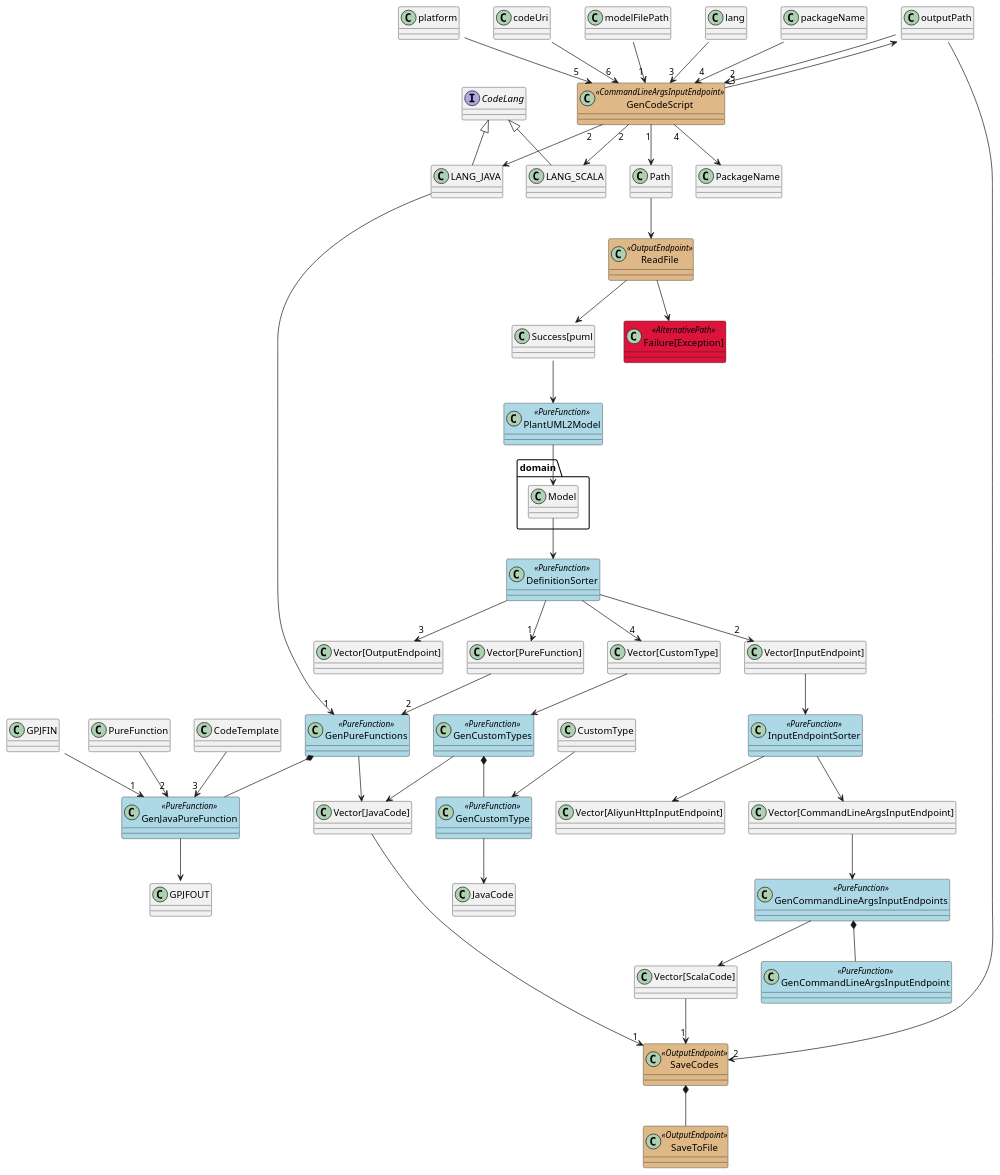
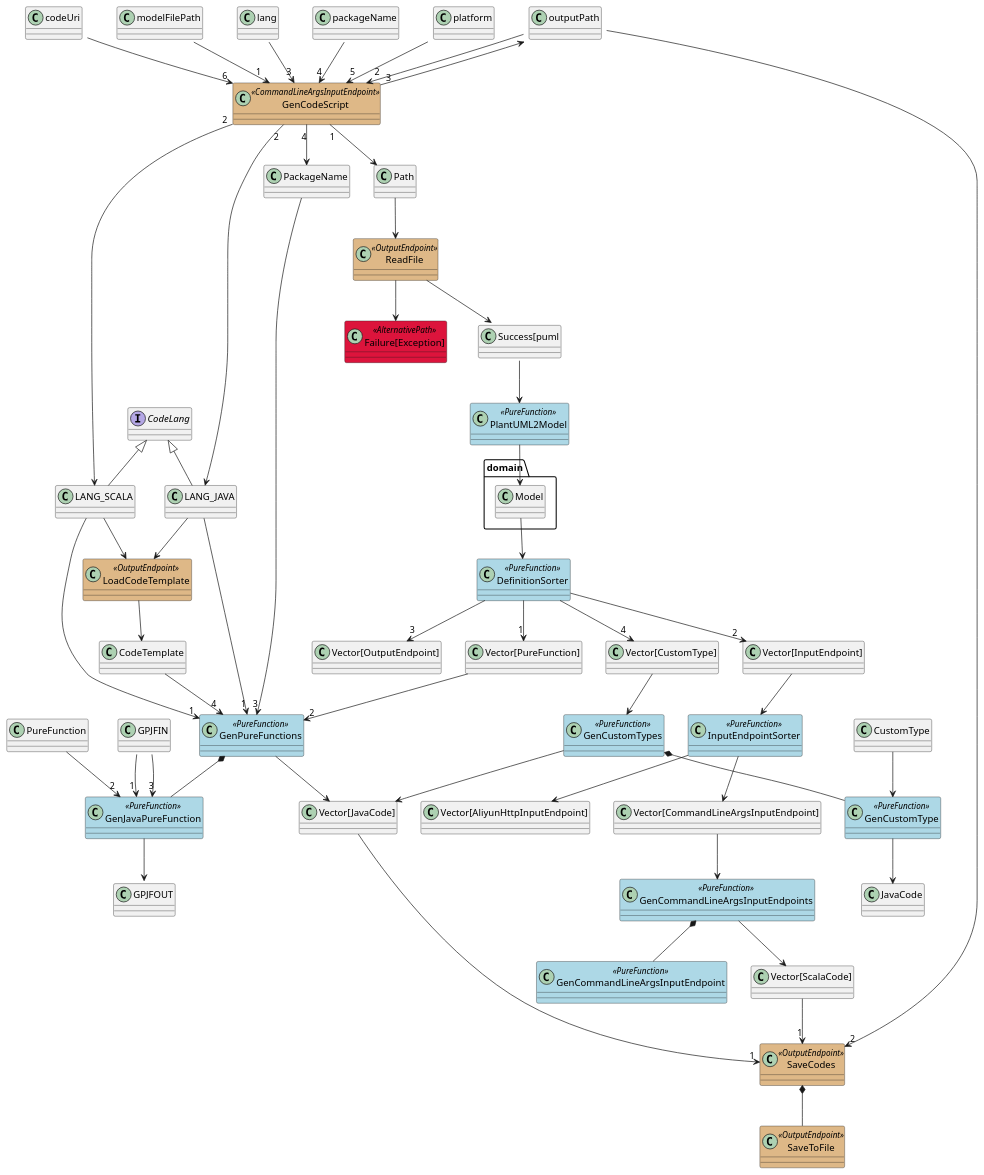
Before and after one commit to notyy/TypeFlow: the diagram in typeflow/tooling/GenCode.puml, drawn with PlantUML.

Commit message:
design a LoadCodeTemplate function

```diff
--- a/typeflow/tooling/GenCode.puml
+++ b/typeflow/tooling/GenCode.puml
@@ -1,73 +1,80 @@
 @startuml
 skinparam class {
 	BackgroundColor<<CommandLineInputEndpoint>> BurlyWood
 	BackgroundColor<<CommandLineArgsInputEndpoint>> BurlyWood
 	BackgroundColor<<AliyunHttpInputEndpoint>> BurlyWood
 	BackgroundColor<<OutputEndpoint>> BurlyWood
 	BackgroundColor<<PureFunction>> LightBlue
 	BackgroundColor<<AlternativePath>> Crimson
 }
 
 class GenCodeScript <<CommandLineArgsInputEndpoint>>
 class ReadFile <<OutputEndpoint>>
 class PlantUML2Model <<PureFunction>>
 class GenPureFunctions <<PureFunction>>
 class GenJavaPureFunction <<PureFunction>>
 class GenCommandLineArgsInputEndpoints <<PureFunction>>
 class GenCommandLineArgsInputEndpoint <<PureFunction>>
 class GenCustomTypes <<PureFunction>>
 class GenCustomType <<PureFunction>>
 class DefinitionSorter <<PureFunction>>
 class InputEndpointSorter <<PureFunction>>
 class SaveCodes <<OutputEndpoint>>
 class SaveToFile <<OutputEndpoint>>
 class "Failure[Exception]" <<AlternativePath>>
+class LoadCodeTemplate <<OutputEndpoint>>
 interface CodeLang
 CodeLang <|-- LANG_JAVA
 CodeLang <|-- LANG_SCALA
 
 modelFilePath::String --> "1" GenCodeScript
 outputPath::String --> "2" GenCodeScript
 lang::String --> "3" GenCodeScript
 packageName::String --> "4" GenCodeScript
 platform::String --> "5" GenCodeScript
 codeUri::String --> "6" GenCodeScript
 GenCodeScript "1" --> Path
 GenCodeScript "2" --> LANG_JAVA
 GenCodeScript "2" --> LANG_SCALA
 GenCodeScript "3" --> outputPath::Path
 GenCodeScript "4" --> PackageName
 LANG_JAVA -> "1" GenPureFunctions
+LANG_SCALA -> "1" GenPureFunctions
+LANG_JAVA --> LoadCodeTemplate
+LANG_SCALA --> LoadCodeTemplate
+LoadCodeTemplate --> CodeTemplate
+CodeTemplate --> "4" GenPureFunctions
 Path --> ReadFile
 ReadFile --> "Success[puml::String]"
 ReadFile --> "Failure[Exception]"
 "Success[puml::String]" --> PlantUML2Model
 PlantUML2Model --> domain.Model
 domain.Model --> DefinitionSorter
 DefinitionSorter --> "1" "Vector[PureFunction]"
 DefinitionSorter --> "2" "Vector[InputEndpoint]"
 DefinitionSorter --> "3" "Vector[OutputEndpoint]"
 DefinitionSorter --> "4" "Vector[CustomType]"
 "Vector[InputEndpoint]" --> InputEndpointSorter
 InputEndpointSorter --> "Vector[CommandLineArgsInputEndpoint]"
 InputEndpointSorter --> "Vector[AliyunHttpInputEndpoint]"
 "Vector[PureFunction]" --> "2" GenPureFunctions
 "Vector[CustomType]" --> GenCustomTypes
 GenCustomTypes --> "Vector[JavaCode]"
 GenCustomTypes *-- GenCustomType
 CustomType --> GenCustomType
 GenCustomType --> JavaCode
+PackageName --> "3" GenPureFunctions
 GenPureFunctions --> "Vector[JavaCode]"
 GenPureFunctions *-- GenJavaPureFunction
 GPJFIN::PackageName --> "1" GenJavaPureFunction
 PureFunction --> "2" GenJavaPureFunction
-CodeTemplate --> "3" GenJavaPureFunction
+GPJFIN::CodeTemplate --> "3" GenJavaPureFunction
 GenJavaPureFunction --> GPJFOUT::JavaCode
 "Vector[CommandLineArgsInputEndpoint]" --> GenCommandLineArgsInputEndpoints
 GenCommandLineArgsInputEndpoints --> "Vector[ScalaCode]"
 GenCommandLineArgsInputEndpoints *-- GenCommandLineArgsInputEndpoint
 "Vector[ScalaCode]" --> "1" SaveCodes
 "Vector[JavaCode]" --> "1" SaveCodes
 outputPath::Path --> "2" SaveCodes
 SaveCodes *-- SaveToFile
 @enduml
```
